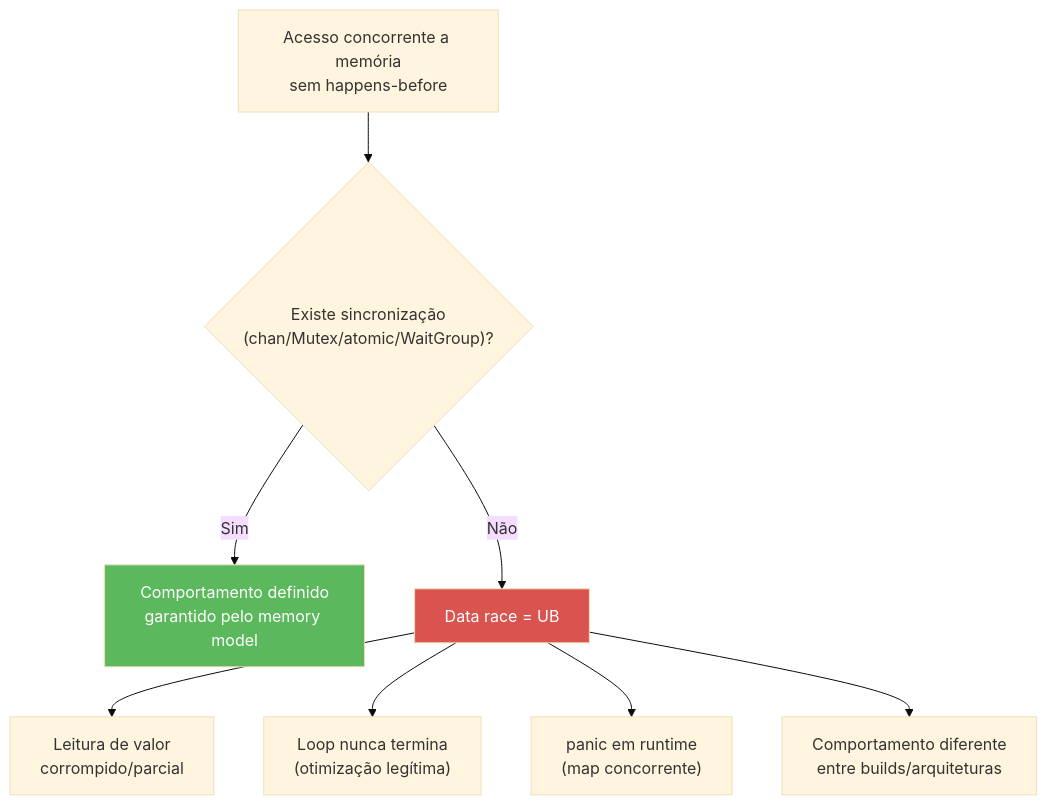
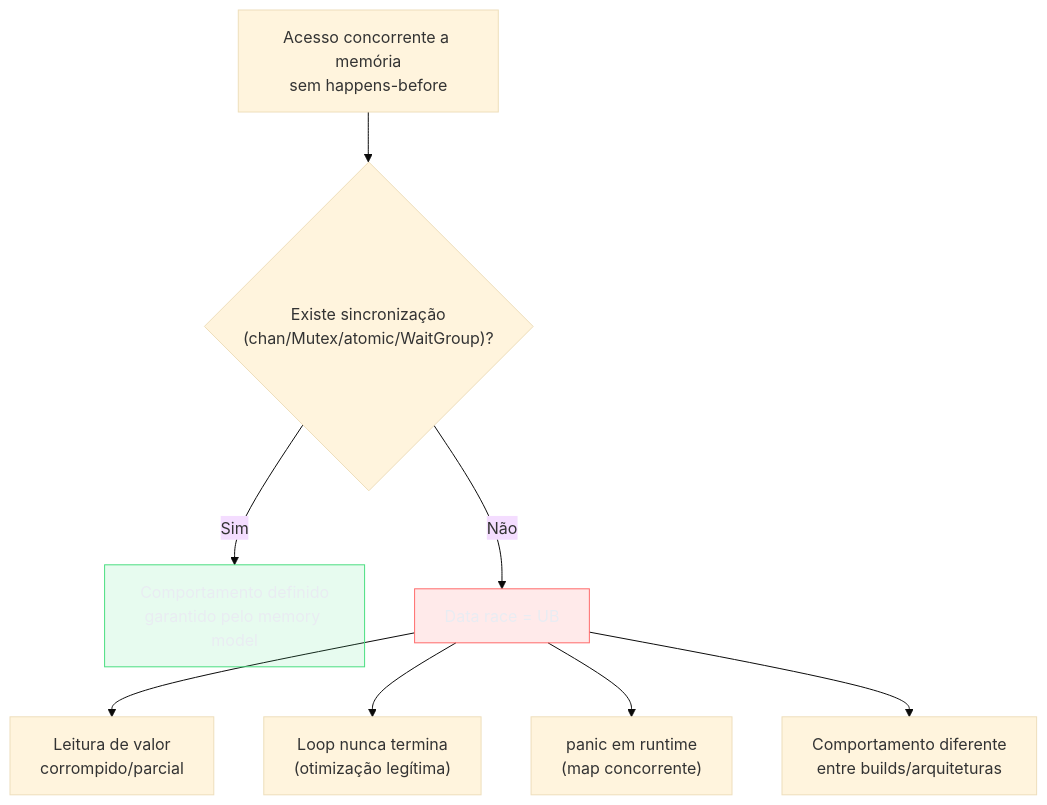
Before and after one commit to josenaldo/codex-technomanticus: the fourth of 4 diagrams in 03-Dominios/Tecnologia/Go/17 - Runtime interno/07 - O memory model.md, drawn with Mermaid (base theme). The commit also changed other lines of this file and 1181 other files, not shown here.

First line of the commit message:
fix(diagramas): paleta do sistema no lugar de cor cravada no markdown

````diff
--- a/03-Dominios/Tecnologia/Go/17 - Runtime interno/07 - O memory model.md
+++ b/03-Dominios/Tecnologia/Go/17 - Runtime interno/07 - O memory model.md
@@ -365,13 +367,15 @@
 ```mermaid
 flowchart TD
+    classDef falha fill:#FF6B6B24,stroke:#FF6B6B,color:#E9ECF2
+    classDef ok fill:#4ADE8021,stroke:#4ADE80,color:#E9ECF2
     R["Acesso concorrente a memória\nsem happens-before"] --> Q{"Existe sincronização\n(chan/Mutex/atomic/WaitGroup)?"}
     Q -->|Sim| OK["Comportamento definido\ngarantido pelo memory model"]
     Q -->|Não| UB["Data race = UB"]
     UB --> U1["Leitura de valor\ncorrompido/parcial"]
     UB --> U2["Loop nunca termina\n(otimização legítima)"]
     UB --> U3["panic em runtime\n(map concorrente)"]
     UB --> U4["Comportamento diferente\nentre builds/arquiteturas"]
 
-    style UB fill:#D9534F,color:#fff
-    style OK fill:#5CB85C,color:#fff
+    class UB falha
+    class OK ok
 ```
````
